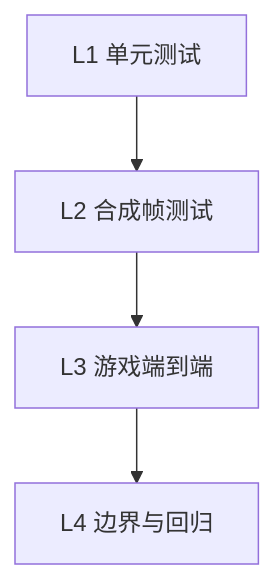
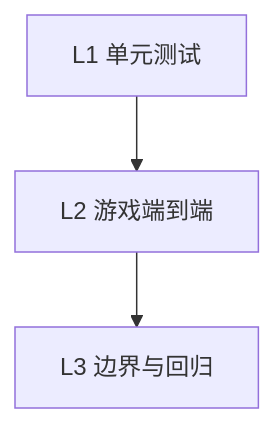
Before and after one commit to yuchenhuang-source/waterSort_faceExpression: the diagram in packages/ballsort/cv-bridge/docs/CV_DETECTION_TEST_PLAN.md, drawn with Mermaid. The commit also changed other lines of this file and 133 other files, not shown here.

````diff
--- a/packages/ballsort/cv-bridge/docs/CV_DETECTION_TEST_PLAN.md
+++ b/packages/ballsort/cv-bridge/docs/CV_DETECTION_TEST_PLAN.md
@@ -11,6 +13,5 @@
 ```mermaid
 flowchart TB
-    L1[L1 单元测试] --> L2[L2 合成帧测试]
-    L2 --> L3[L3 游戏端到端]
-    L3 --> L4[L4 边界与回归]
+    L1[L1 单元测试] --> L2[L2 游戏端到端]
+    L2 --> L3[L3 边界与回归]
 ```
````
